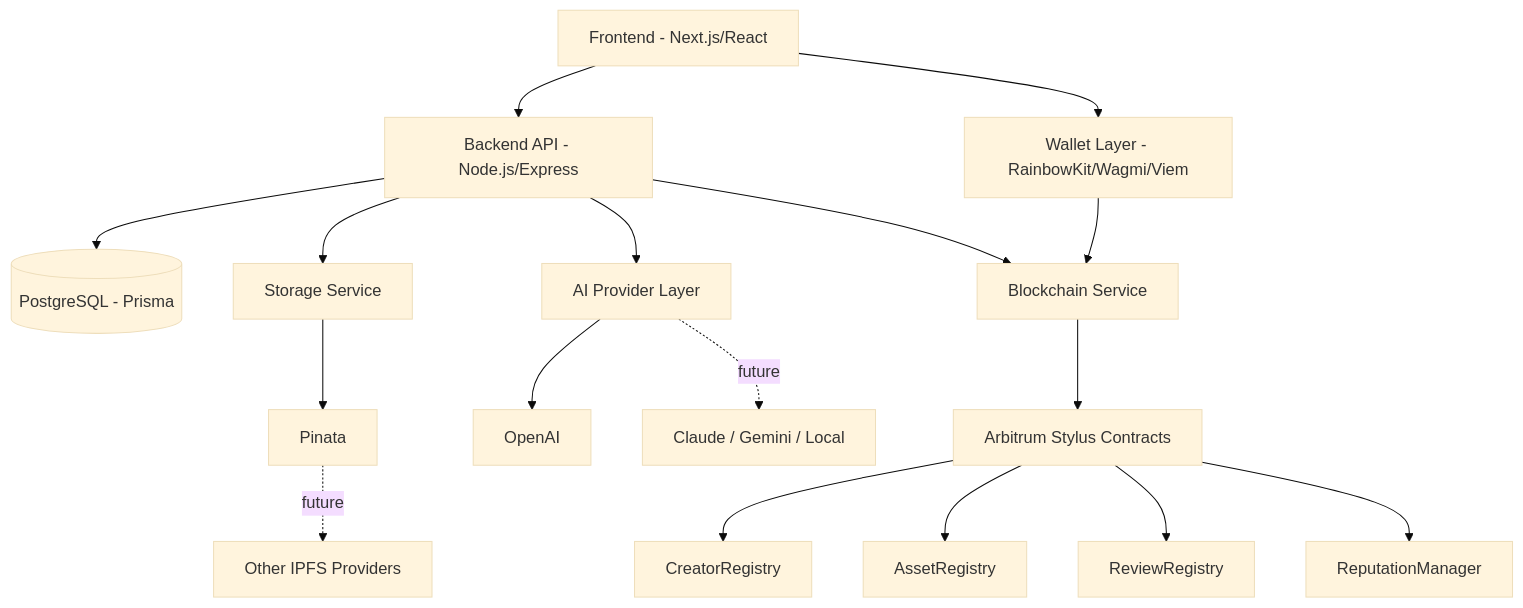
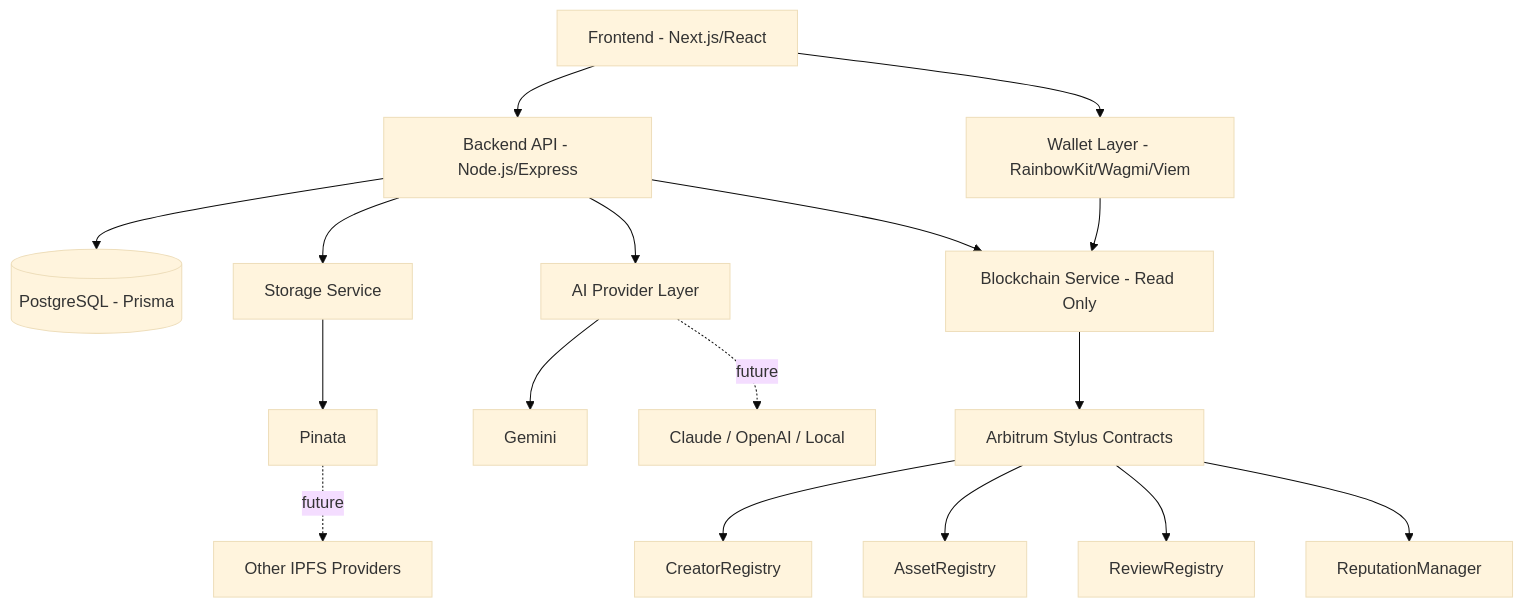
The first of 2 diagrams in docs/DEVELOPER_KICKOFF_BLUEPRINT.md (originchain-labs/originchain), drawn with Mermaid (base theme) before and after one commit. The commit also changed other lines of this file and 2 other files, not shown here.

First line of the commit message:
docs: reconcile REPOSITORY_STRUCTURE.md, DATABASE_SCHEMA.md, DEVELOPER_KICKOFF_BLUEPRINT.md against real implementation

````diff
--- a/docs/DEVELOPER_KICKOFF_BLUEPRINT.md
+++ b/docs/DEVELOPER_KICKOFF_BLUEPRINT.md
@@ -17,19 +17,19 @@
 ```mermaid
 flowchart TD
     A[Frontend - Next.js/React] --> B[Wallet Layer - RainbowKit/Wagmi/Viem]
     A --> C[Backend API - Node.js/Express]
     C --> D[(PostgreSQL - Prisma)]
     C --> S[Storage Service]
     S --> E[Pinata]
     E -.future.-> E2[Other IPFS Providers]
     C --> F[AI Provider Layer]
-    F --> F1[OpenAI]
-    F -.future.-> F2[Claude / Gemini / Local]
-    B --> BS[Blockchain Service]
+    F --> F1[Gemini]
+    F -.future.-> F2[Claude / OpenAI / Local]
+    B --> BS[Blockchain Service - Read Only]
     C --> BS
     BS --> G[Arbitrum Stylus Contracts]
     G --> H[CreatorRegistry]
     G --> I[AssetRegistry]
     G --> J[ReviewRegistry]
     G --> K[ReputationManager]
 ```
````
